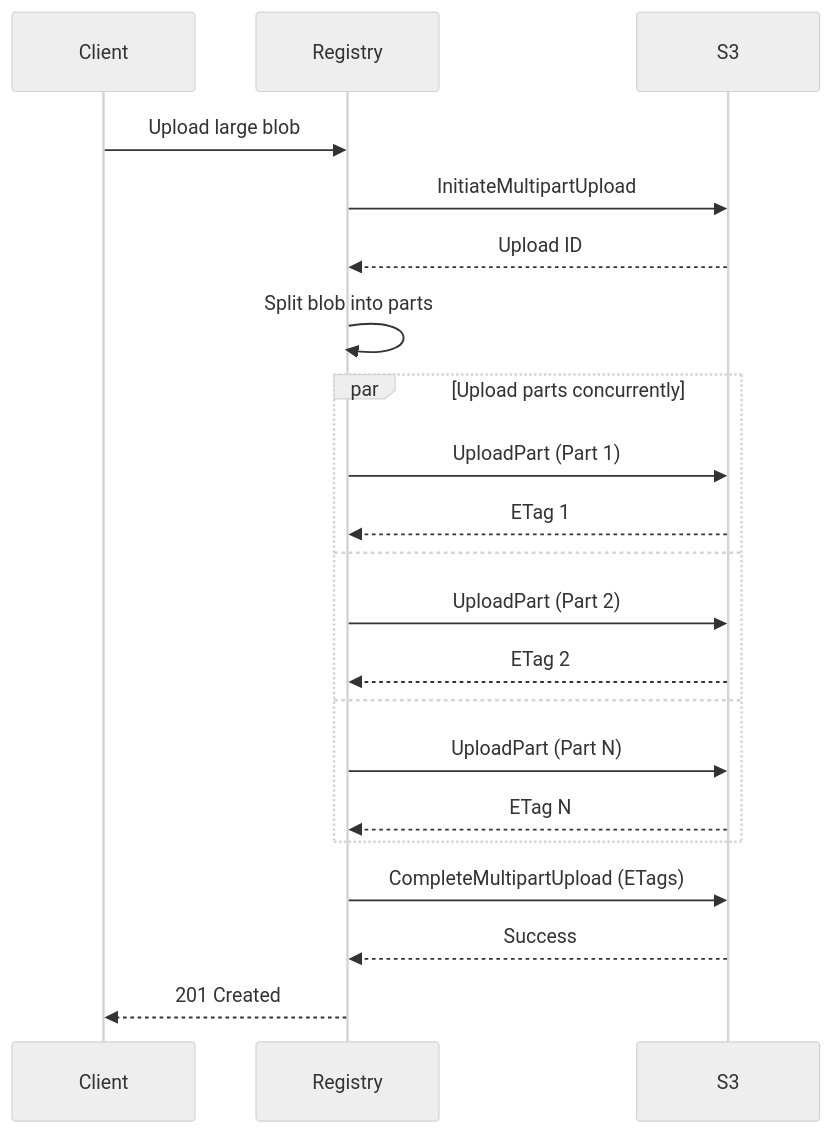
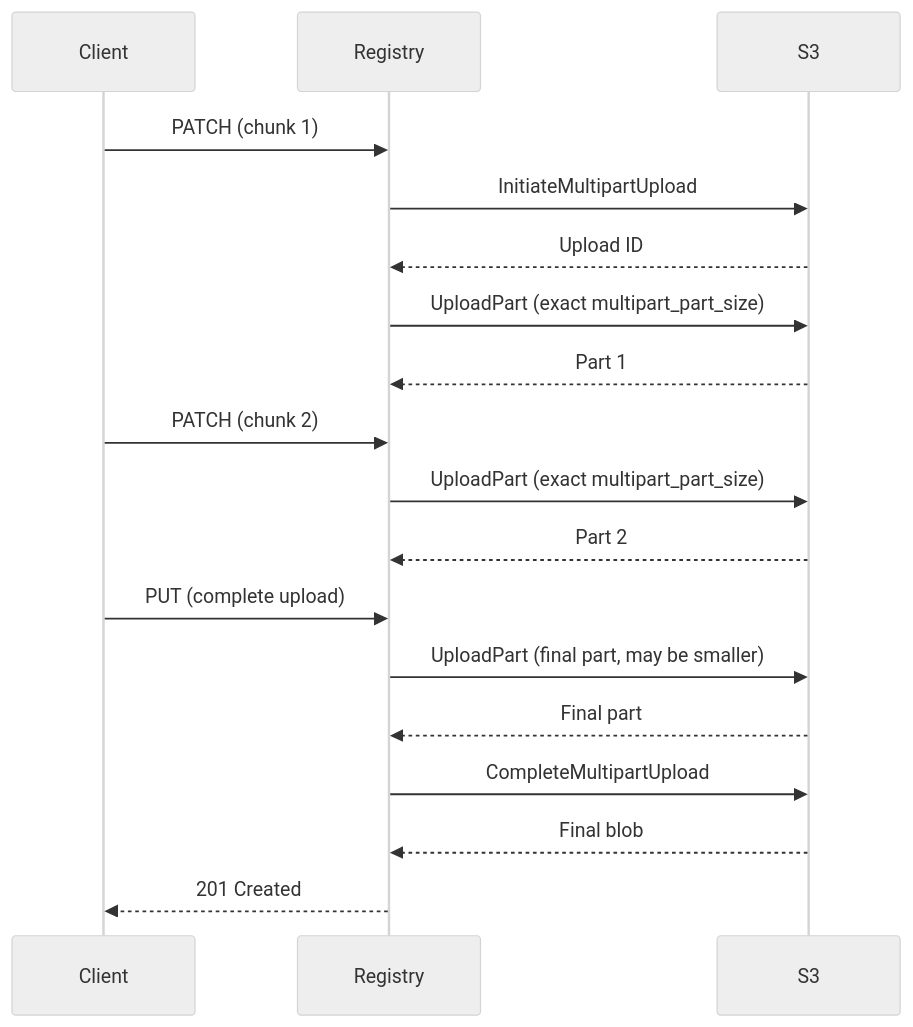
Before and after one commit to project-angos/angos: the third of 3 diagrams in doc/explanation/storage-backends.md, drawn with Mermaid (neutral theme). The commit also changed other lines of this file and 13 other files, not shown here.

````diff
--- a/doc/explanation/storage-backends.md
+++ b/doc/explanation/storage-backends.md
@@ -418,29 +459,23 @@
 ```mermaid
 sequenceDiagram
     participant Client
     participant Registry
     participant S3
 
-    Client->>Registry: Upload large blob
-
+    Client->>Registry: PATCH (chunk 1)
     Registry->>S3: InitiateMultipartUpload
     S3-->>Registry: Upload ID
+    Registry->>S3: UploadPart (exact multipart_part_size)
+    S3-->>Registry: Part 1
 
-    Registry->>Registry: Split blob into parts
+    Client->>Registry: PATCH (chunk 2)
+    Registry->>S3: UploadPart (exact multipart_part_size)
+    S3-->>Registry: Part 2
 
-    par Upload parts concurrently
-        Registry->>S3: UploadPart (Part 1)
-        S3-->>Registry: ETag 1
-    and
-        Registry->>S3: UploadPart (Part 2)
-        S3-->>Registry: ETag 2
-    and
-        Registry->>S3: UploadPart (Part N)
-        S3-->>Registry: ETag N
-    end
-
-    Registry->>S3: CompleteMultipartUpload (ETags)
-    S3-->>Registry: Success
-
+    Client->>Registry: PUT (complete upload)
+    Registry->>S3: UploadPart (final part, may be smaller)
+    S3-->>Registry: Final part
+    Registry->>S3: CompleteMultipartUpload
+    S3-->>Registry: Final blob
     Registry-->>Client: 201 Created
 ```
````
